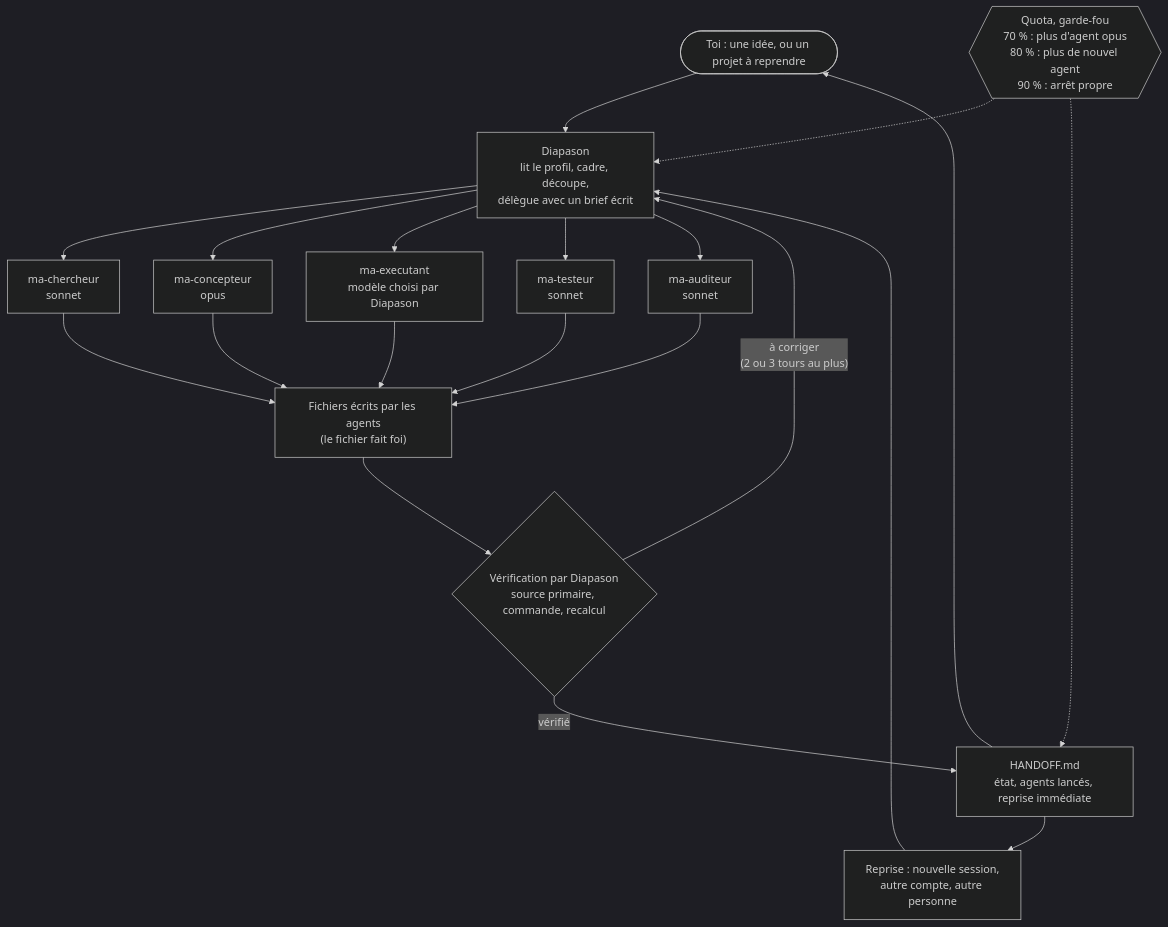
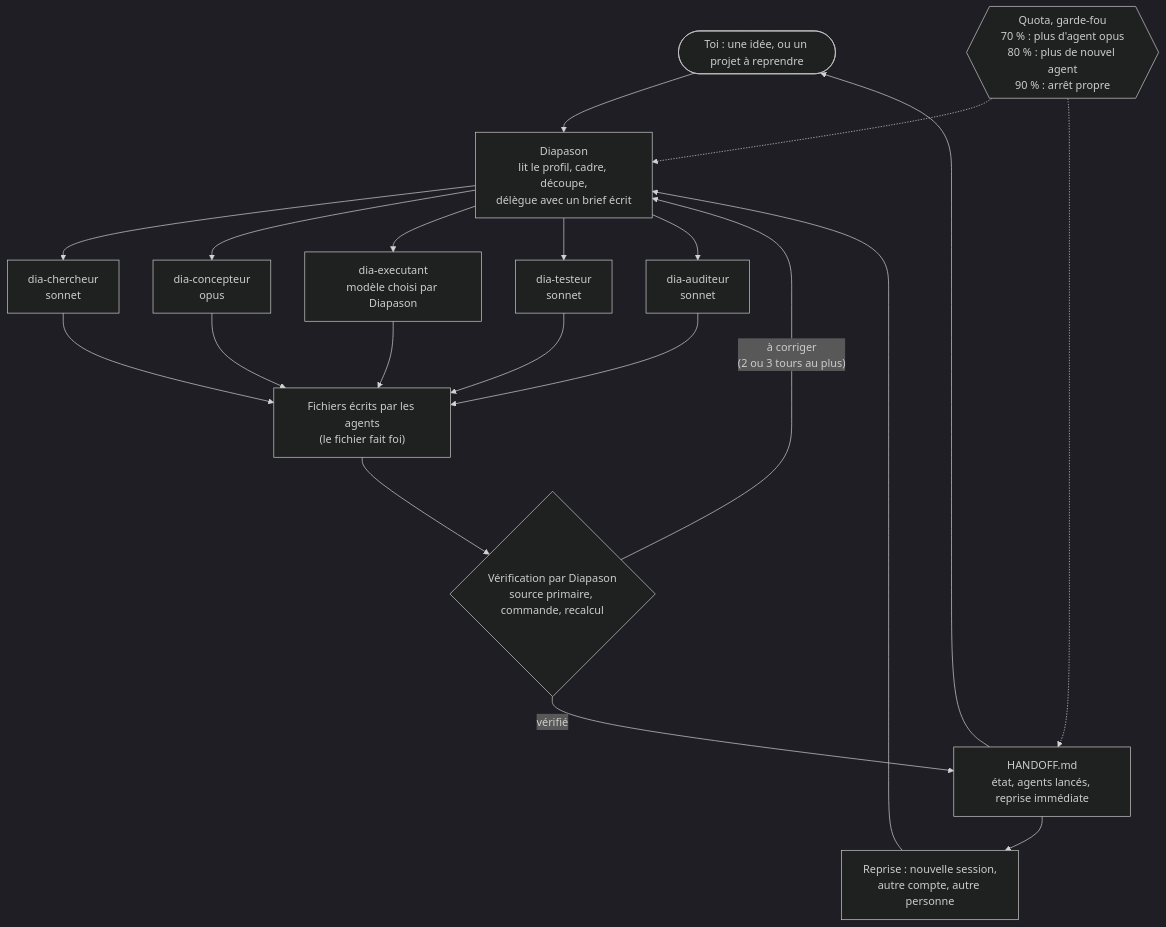
The diagram in GUIDE.md (MalikChopa/diapason), drawn with Mermaid (dark theme) before and after one commit. The commit also changed other lines of this file and 47 other files, not shown here.

````diff
--- a/GUIDE.md
+++ b/GUIDE.md
@@ -25,26 +25,26 @@
 ```mermaid
 flowchart TD
     U(["Toi : une idée, ou un projet à reprendre"]) --> M["Diapason<br/>lit le profil, cadre, découpe,<br/>délègue avec un brief écrit"]
 
-    M --> A1["ma-chercheur<br/>sonnet"]
-    M --> A2["ma-concepteur<br/>opus"]
-    M --> A3["ma-executant<br/>modèle choisi par Diapason"]
-    M --> A4["ma-testeur<br/>sonnet"]
-    M --> A5["ma-auditeur<br/>sonnet"]
+    M --> A1["dia-chercheur<br/>sonnet"]
+    M --> A2["dia-concepteur<br/>opus"]
+    M --> A3["dia-executant<br/>modèle choisi par Diapason"]
+    M --> A4["dia-testeur<br/>sonnet"]
+    M --> A5["dia-auditeur<br/>sonnet"]
 
     A1 --> F["Fichiers écrits par les agents<br/>(le fichier fait foi)"]
     A2 --> F
     A3 --> F
     A4 --> F
     A5 --> F
 
     F --> V{"Vérification par Diapason<br/>source primaire, commande, recalcul"}
     V -- "à corriger<br/>(2 ou 3 tours au plus)" --> M
     V -- "vérifié" --> H["HANDOFF.md<br/>état, agents lancés, reprise immédiate"]
     H --> R["Reprise : nouvelle session,<br/>autre compte, autre personne"]
     R --> M
     H --> U
 
     Q{{"Quota, garde-fou<br/>70 % : plus d'agent opus<br/>80 % : plus de nouvel agent<br/>90 % : arrêt propre"}} -.-> M
     Q -.-> H
 ```
````
